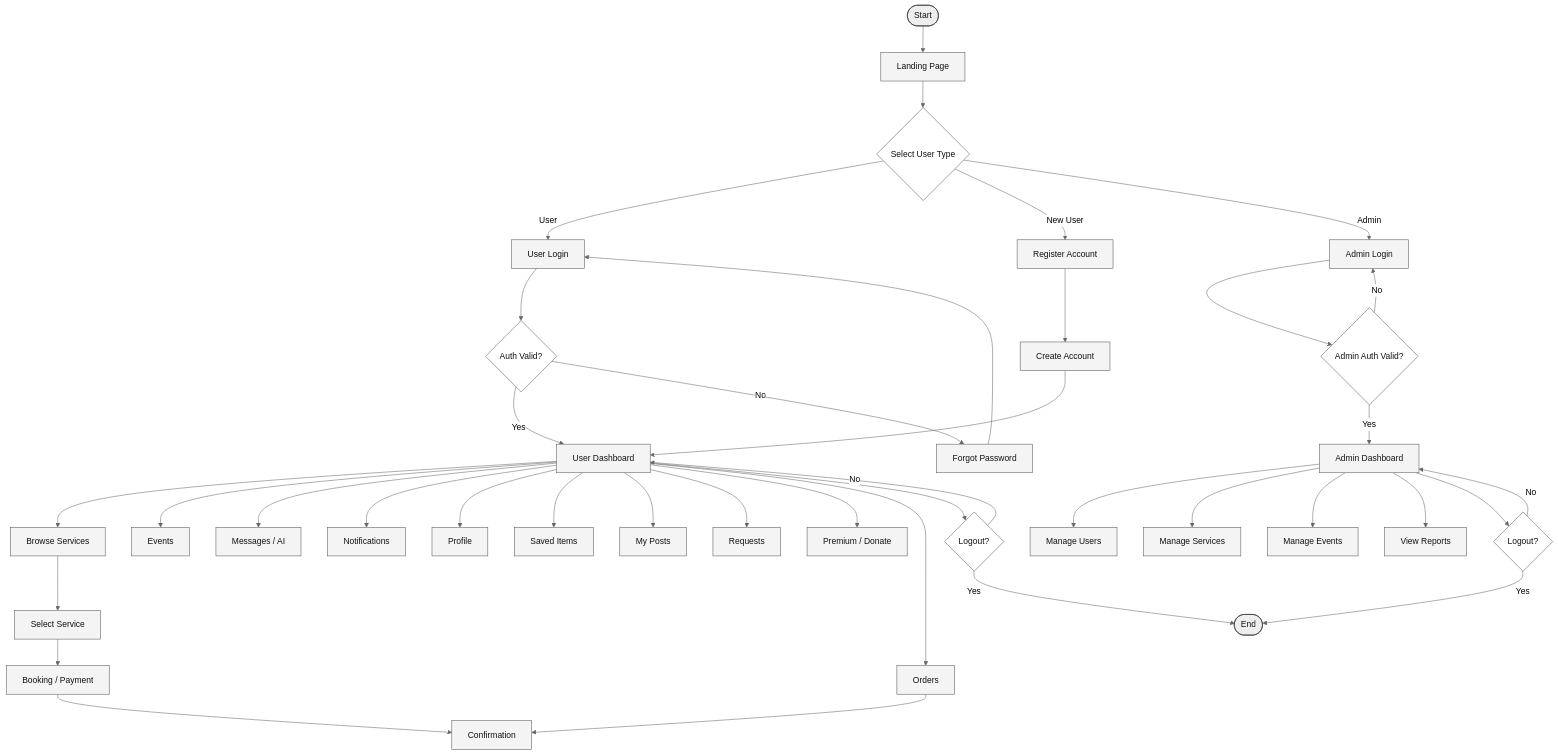
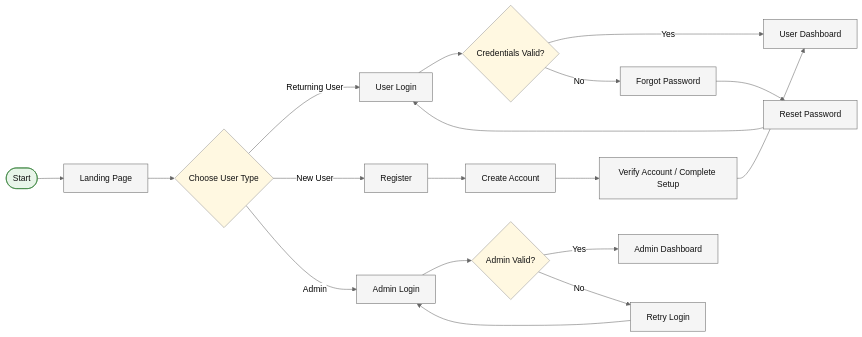
Before and after one commit to CapstoneDesign-Spring2026-UlsanCollege/Free_Sewaa: the first of 6 diagrams in docs/Project_UML diagram/USER_FLOW_DIAGRAM.md, drawn with Mermaid (neutral theme). The commit also changed other lines of this file, not shown here.

First line of the commit message:
Revise user flow diagram documentation

````diff
--- a/docs/Project_UML diagram/USER_FLOW_DIAGRAM.md
+++ b/docs/Project_UML diagram/USER_FLOW_DIAGRAM.md
@@ -7,58 +12,32 @@
 ```mermaid
-flowchart TD
+flowchart LR
     Start([Start]) --> Landing[Landing Page]
-    Landing --> SelectType{Select User Type}
+    Landing --> Role{Choose User Type}
 
-    SelectType -->|User| UserLogin[User Login]
-    SelectType -->|New User| Register[Register Account]
-    SelectType -->|Admin| AdminLogin[Admin Login]
+    Role -->|Returning User| Login[User Login]
+    Role -->|New User| Register[Register]
+    Role -->|Admin| AdminLogin[Admin Login]
 
-    Register --> CreateAccount[Create Account]
-    CreateAccount --> UserDashboard[User Dashboard]
+    Login --> CheckLogin{Credentials Valid?}
+    CheckLogin -->|Yes| UserDash[User Dashboard]
+    CheckLogin -->|No| Forgot[Forgot Password]
+    Forgot --> Reset[Reset Password]
+    Reset --> Login
 
-    UserLogin --> Auth{Auth Valid?}
-    Auth -->|Yes| UserDashboard
-    Auth -->|No| Forgot[Forgot Password]
-    Forgot --> UserLogin
+    Register --> Create[Create Account]
+    Create --> Verify[Verify Account / Complete Setup]
+    Verify --> UserDash
 
-    UserDashboard --> Browse[Browse Services]
-    UserDashboard --> Events[Events]
-    UserDashboard --> Messages[Messages / AI]
-    UserDashboard --> Notifications[Notifications]
-    UserDashboard --> Profile[Profile]
-    UserDashboard --> Saved[Saved Items]
-    UserDashboard --> Posts[My Posts]
-    UserDashboard --> Requests[Requests]
-    UserDashboard --> Premium[Premium / Donate]
-    UserDashboard --> Orders[Orders]
-    UserDashboard --> LogoutUser{Logout?}
+    AdminLogin --> CheckAdmin{Admin Valid?}
+    CheckAdmin -->|Yes| AdminDash[Admin Dashboard]
+    CheckAdmin -->|No| AdminRetry[Retry Login]
+    AdminRetry --> AdminLogin
 
-    Browse --> SelectService[Select Service]
-    SelectService --> Booking[Booking / Payment]
-    Booking --> Confirmation[Confirmation]
-    Orders --> Confirmation
+    classDef terminal fill:#e8f5e9,stroke:#2e7d32,color:#111;
+    classDef process fill:#f5f5f5,stroke:#666,color:#111;
+    classDef decision fill:#fff8e1,stroke:#999,color:#111;
 
-    LogoutUser -->|No| UserDashboard
-    LogoutUser -->|Yes| End([End])
-
-    AdminLogin --> AdminAuth{Admin Auth Valid?}
-    AdminAuth -->|Yes| AdminDashboard[Admin Dashboard]
-    AdminAuth -->|No| AdminLogin
-
-    AdminDashboard --> ManageUsers[Manage Users]
-    AdminDashboard --> ManageServices[Manage Services]
-    AdminDashboard --> ManageEvents[Manage Events]
-    AdminDashboard --> Reports[View Reports]
-    AdminDashboard --> LogoutAdmin{Logout?}
-
-    LogoutAdmin -->|No| AdminDashboard
-    LogoutAdmin -->|Yes| End
-
-    classDef page fill:#f4f4f4,stroke:#555,stroke-width:1px,color:#111;
-    classDef decision fill:#fff,stroke:#555,stroke-width:1px,color:#111;
-    classDef terminal fill:#eee,stroke:#333,stroke-width:1px,color:#111;
-
-    class Landing,UserLogin,Register,CreateAccount,UserDashboard,Forgot,Browse,Events,Messages,Notifications,Profile,Saved,Posts,Requests,Premium,Orders,SelectService,Booking,Confirmation,AdminLogin,AdminDashboard,ManageUsers,ManageServices,ManageEvents,Reports page;
-    class SelectType,Auth,AdminAuth,LogoutUser,LogoutAdmin decision;
-    class Start,End terminal;
+    class Start terminal;
+    class Landing,Login,Register,AdminLogin,Forgot,Reset,Create,Verify,UserDash,AdminDash,AdminRetry process;
+    class Role,CheckLogin,CheckAdmin decision;
 ```
````
